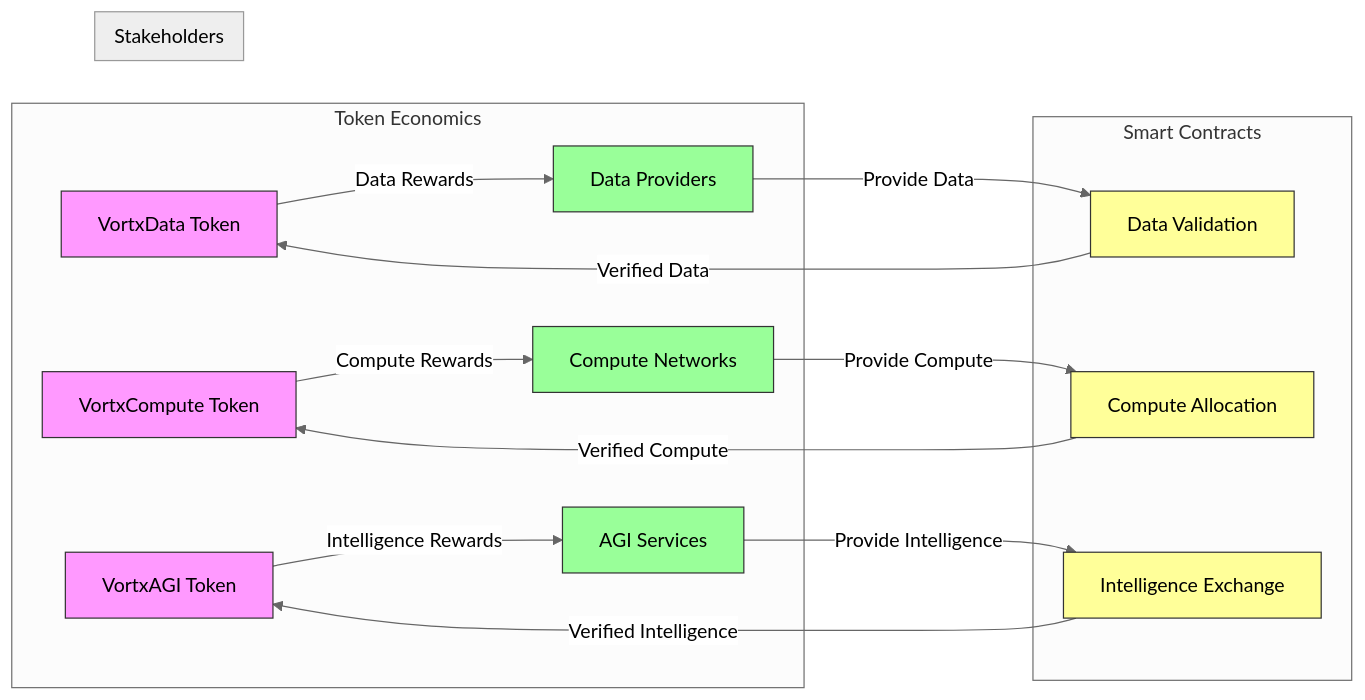
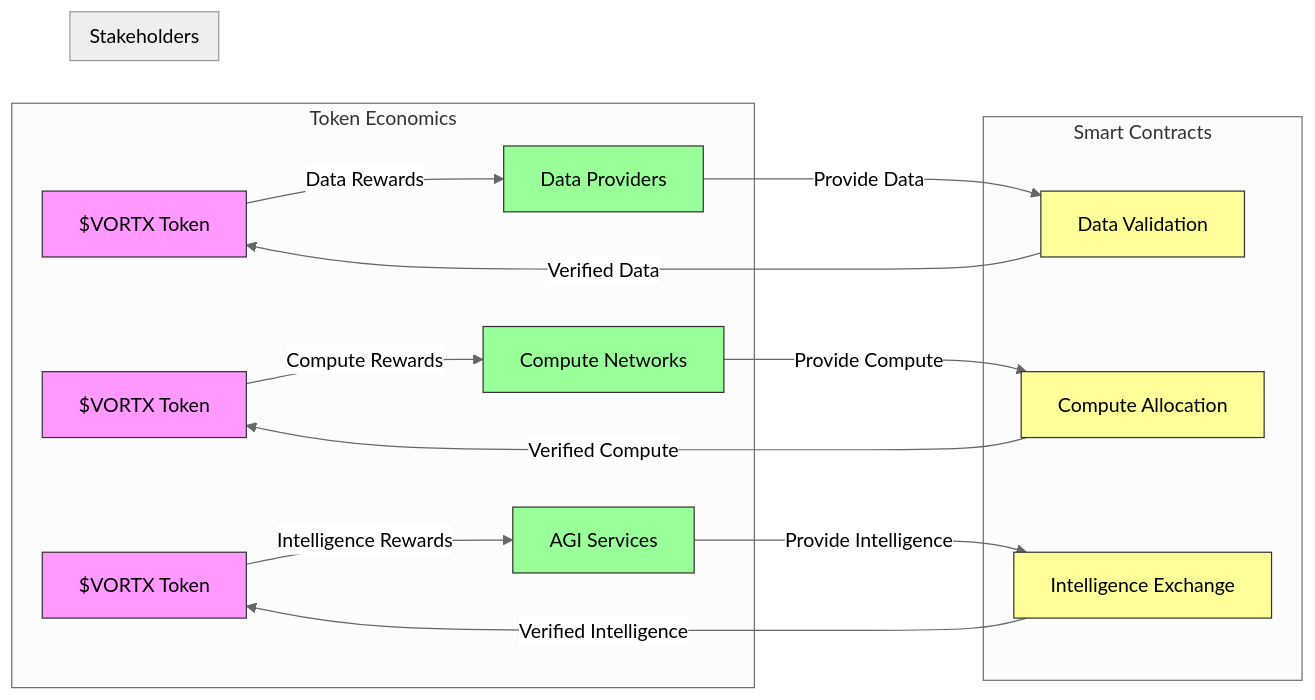
One commit to Vortx-AI/synthetic-satellite changed the second of 36 diagrams in docs/whitepapers/README.md. Above: the diagram before and after it, drawn with Mermaid (neutral theme). The commit also changed other lines of this file and 1 other file, not shown here.

````diff
--- a/docs/whitepapers/README.md
+++ b/docs/whitepapers/README.md
@@ -62,36 +62,36 @@
 ```mermaid
 graph LR
     subgraph Token Economics
-        T1[VortxData Token] -->|Data Rewards| DP
-        T2[VortxCompute Token] -->|Compute Rewards| CN
-        T3[VortxAGI Token] -->|Intelligence Rewards| AI
+        T1[$VORTX Token] -->|Data Rewards| DP
+        T2[$VORTX Token] -->|Compute Rewards| CN
+        T3[$VORTX Token] -->|Intelligence Rewards| AI
     end
     
     subgraph Stakeholders
         DP[Data Providers]
         CN[Compute Networks]
         AI[AGI Services]
     end
     
     subgraph Smart Contracts
         SC1[Data Validation]
         SC2[Compute Allocation]
         SC3[Intelligence Exchange]
     end
     
     DP -->|Provide Data| SC1
     CN -->|Provide Compute| SC2
     AI -->|Provide Intelligence| SC3
     
     SC1 -->|Verified Data| T1
     SC2 -->|Verified Compute| T2
     SC3 -->|Verified Intelligence| T3
     
     classDef token fill:#f9f,stroke:#333
     classDef stakeholder fill:#9f9,stroke:#333
     classDef contract fill:#ff9,stroke:#333
     
     class T1,T2,T3 token
     class DP,CN,AI stakeholder
     class SC1,SC2,SC3 contract
 ```
````
